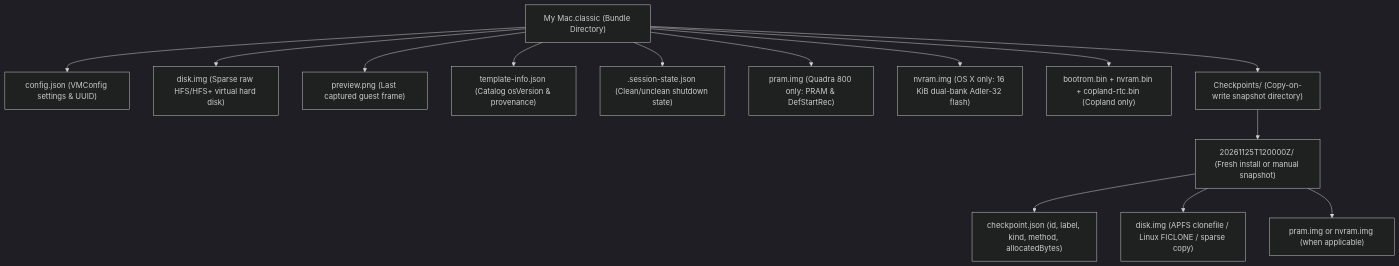
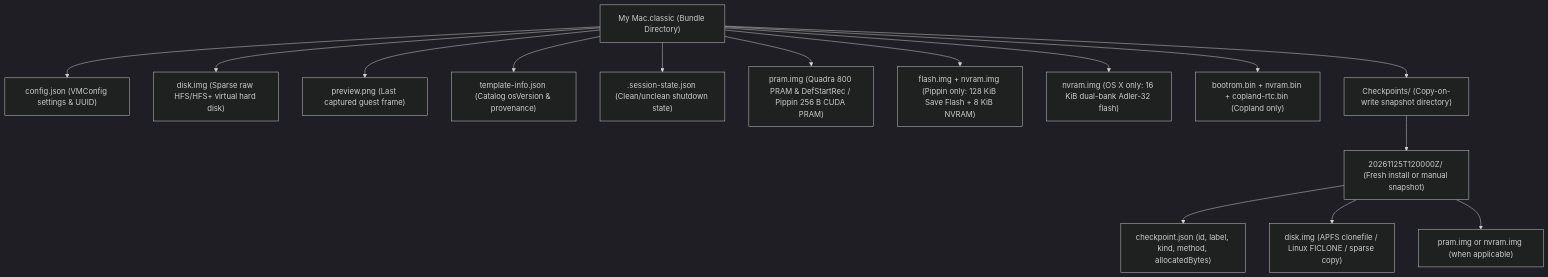
The second of 3 diagrams in docs/manual/02-architecture-how-it-works.md (amcchord/ClassicMac), drawn with Mermaid (dark theme) before and after one commit. The commit also changed other lines of this file and 84 other files, not shown here.

````diff
--- a/docs/manual/02-architecture-how-it-works.md
+++ b/docs/manual/02-architecture-how-it-works.md
@@ -83,18 +83,19 @@
 ```mermaid
 flowchart TD
     B["My Mac.classic (Bundle Directory)"] --> CFG["config.json (VMConfig settings & UUID)"]
     B --> DSK["disk.img (Sparse raw HFS/HFS+ virtual hard disk)"]
     B --> PRV["preview.png (Last captured guest frame)"]
     B --> TPL["template-info.json (Catalog osVersion & provenance)"]
     B --> SES[".session-state.json (Clean/unclean shutdown state)"]
 
-    B --> QPRAM["pram.img (Quadra 800 only: PRAM & DefStartRec)"]
+    B --> QPRAM["pram.img (Quadra 800 PRAM & DefStartRec / Pippin 256 B CUDA PRAM)"]
+    B --> PFL["flash.img + nvram.img (Pippin only: 128 KiB Save Flash + 8 KiB NVRAM)"]
     B --> OXNV["nvram.img (OS X only: 16 KiB dual-bank Adler-32 flash)"]
     B --> COPF["bootrom.bin + nvram.bin + copland-rtc.bin (Copland only)"]
 
     B --> CPS["Checkpoints/ (Copy-on-write snapshot directory)"]
     CPS --> CP1["20261125T120000Z/ (Fresh install or manual snapshot)"]
     CP1 --> CP1M["checkpoint.json (id, label, kind, method, allocatedBytes)"]
     CP1 --> CP1D["disk.img (APFS clonefile / Linux FICLONE / sparse copy)"]
     CP1 --> CP1N["pram.img or nvram.img (when applicable)"]
 ```
````
